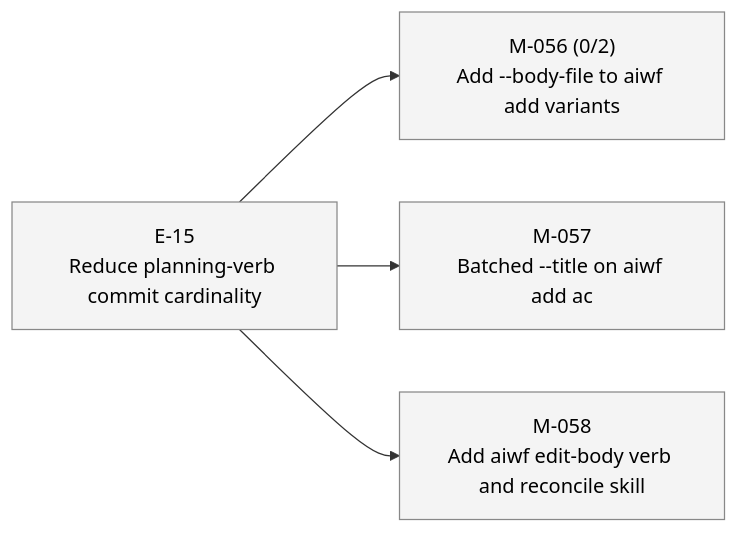
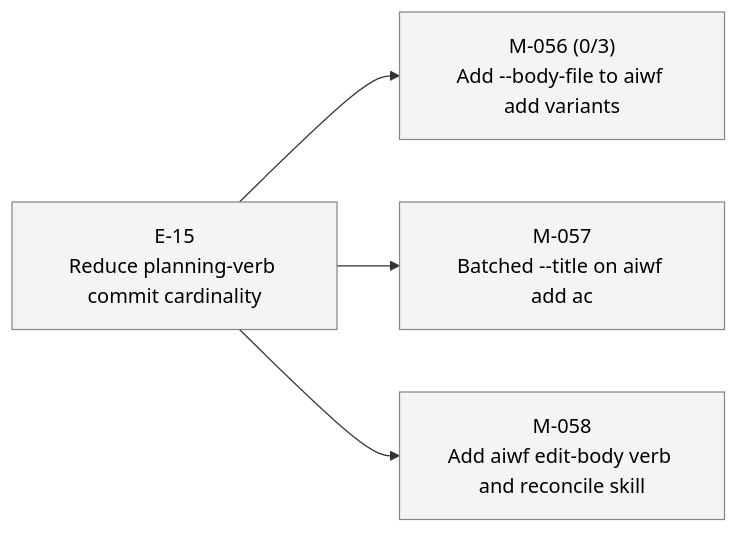
One commit to 23min/aiwf changed the third of 3 diagrams in STATUS.md. Above: the diagram before and after it, drawn with Mermaid. The commit also changed other lines of this file and 1 other file, not shown here.

First line of the commit message:
aiwf add ac M-056/AC-3 "--body-file is optional; absence preserves current behavior"

````diff
--- a/STATUS.md
+++ b/STATUS.md
@@ -69,16 +69,16 @@
 ```mermaid
 flowchart LR
   E_15["E-15<br/>Reduce planning-verb commit cardinality"]:::epic_proposed
-  M_056["M-056 (0/2)<br/>Add --body-file to aiwf add variants"]:::ms_draft
+  M_056["M-056 (0/3)<br/>Add --body-file to aiwf add variants"]:::ms_draft
   E_15 --> M_056
   M_057["M-057<br/>Batched --title on aiwf add ac"]:::ms_draft
   E_15 --> M_057
   M_058["M-058<br/>Add aiwf edit-body verb and reconcile skill"]:::ms_draft
   E_15 --> M_058
   classDef epic_active fill:#d6eaff,stroke:#1a73e8,color:#000
   classDef epic_proposed fill:#f4f4f4,stroke:#888,color:#000
   classDef ms_done fill:#d8f5d8,stroke:#2a8a2a,color:#000
   classDef ms_in_progress fill:#fff3c4,stroke:#caa400,color:#000
   classDef ms_draft fill:#f4f4f4,stroke:#888,color:#000
   classDef ms_cancelled fill:#fbeaea,stroke:#c33,color:#000
 ```
````
